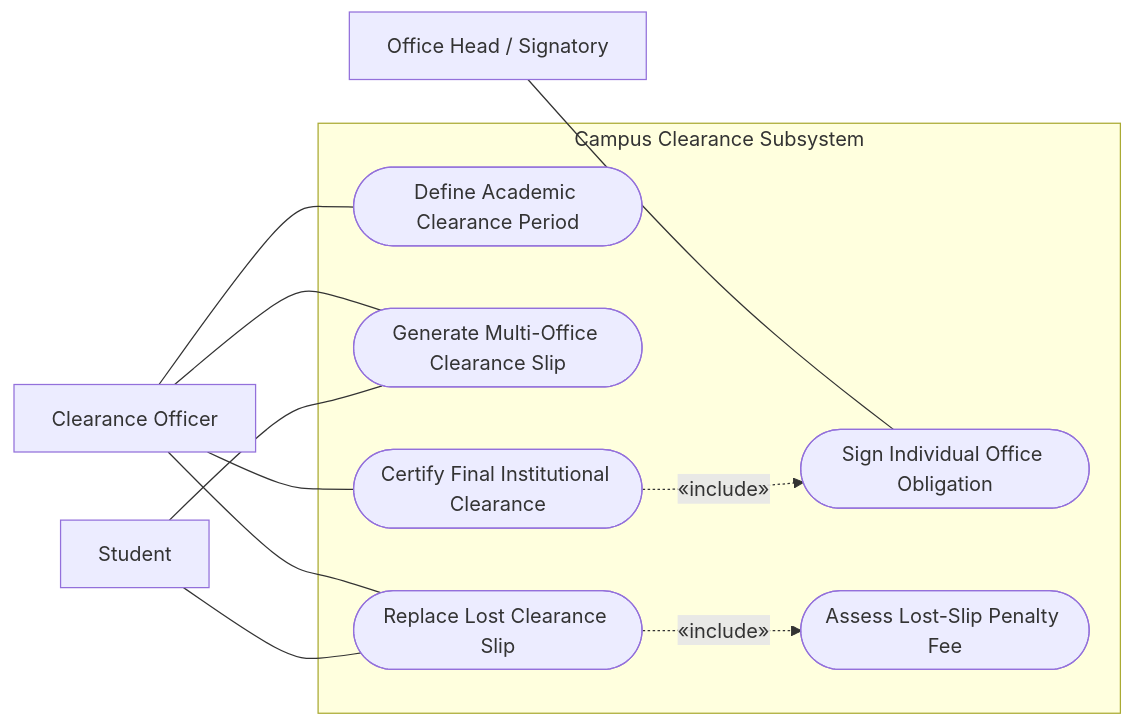
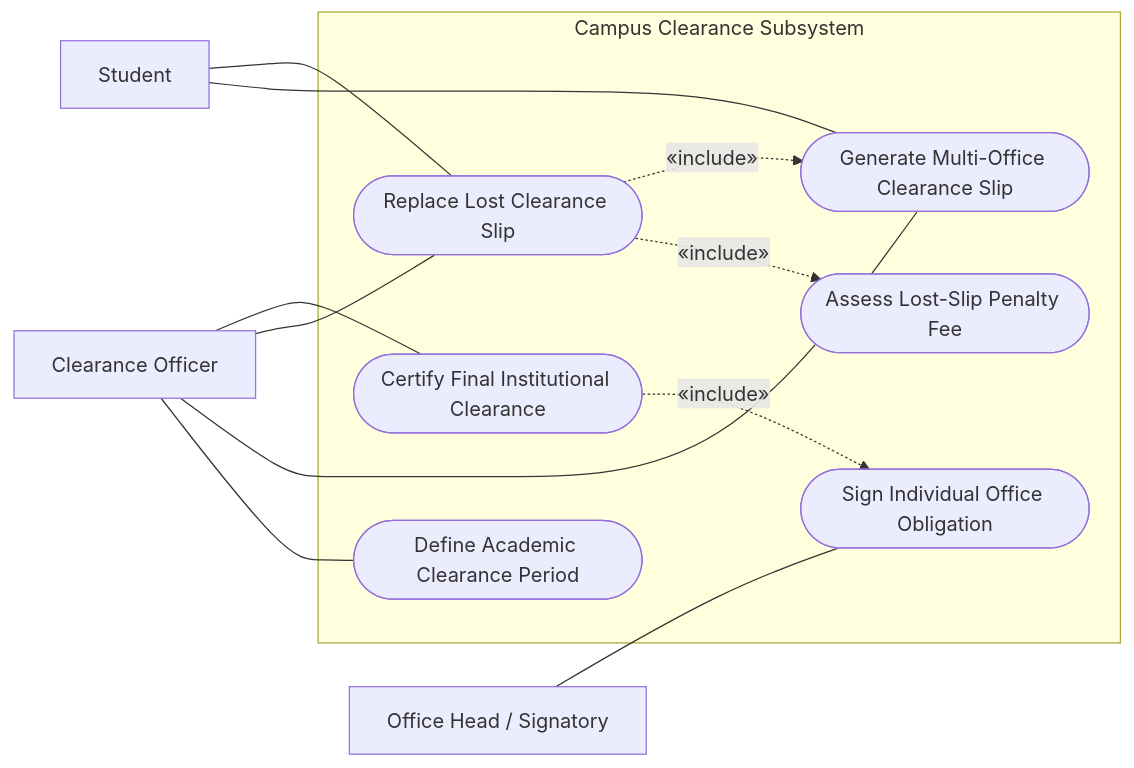
Before and after one commit to kirbygeagonia-create/EnrollmentManagementSystem: diagram 11 of 17 in Documentation/Use-Case-Diagram-Guide.md, drawn with Mermaid. The commit also changed other lines of this file and 45 other files, not shown here.

````diff
--- a/Documentation/Use-Case-Diagram-Guide.md
+++ b/Documentation/Use-Case-Diagram-Guide.md
@@ -548,27 +552,28 @@
 ```mermaid
 flowchart LR
     A_Clr["Clearance Officer"]
     A_Head["Office Head / Signatory"]
     A_Stud["Student"]
 
     subgraph SYSTEM ["Campus Clearance Subsystem"]
         UC_CL01(["Define Academic Clearance Period"])
         UC_CL02(["Generate Multi-Office Clearance Slip"])
         UC_CL03(["Sign Individual Office Obligation"])
         UC_CL04(["Replace Lost Clearance Slip"])
         UC_CL05(["Assess Lost-Slip Penalty Fee"])
         UC_CL06(["Certify Final Institutional Clearance"])
     end
 
     A_Clr --- UC_CL01
     A_Clr --- UC_CL02
     A_Clr --- UC_CL04
     A_Clr --- UC_CL06
 
     A_Head --- UC_CL03
     A_Stud --- UC_CL02
     A_Stud --- UC_CL04
 
     UC_CL04 -.->|"«include»"| UC_CL05
+    UC_CL04 -.->|"«include»"| UC_CL02
     UC_CL06 -.->|"«include»"| UC_CL03
 ```
````
